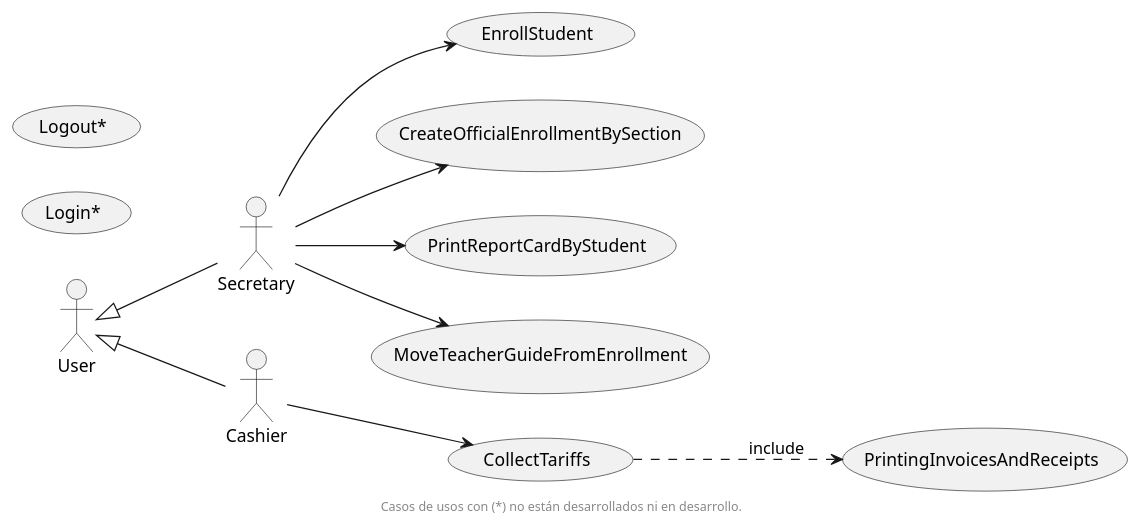
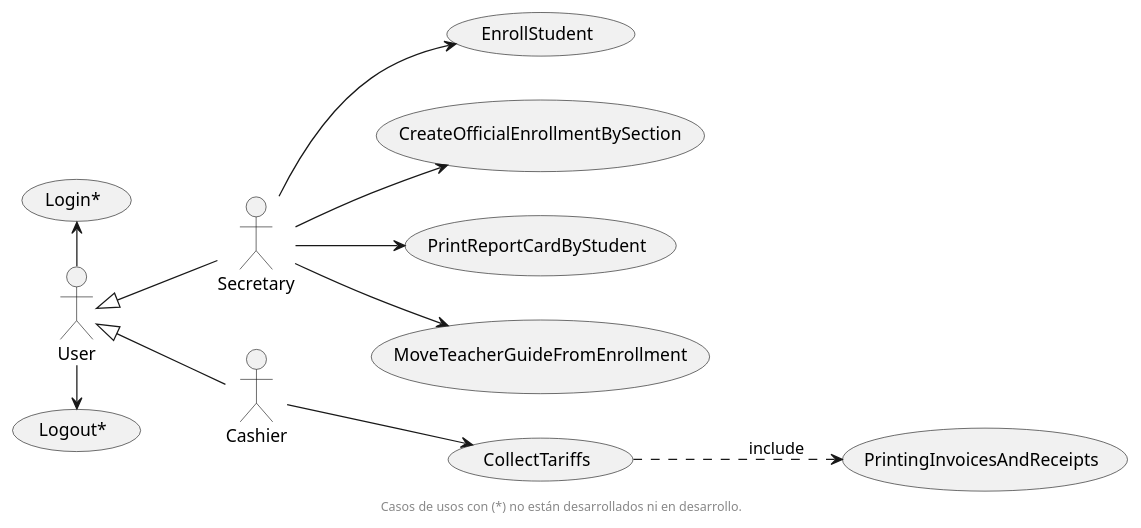
One commit to wsmcbl/wsmcbl.doc changed the diagram in UseCaseView/UseCases.puml. Above: the diagram before and after it, drawn with PlantUML. The commit also changed 7 other files, not shown here.

```diff
--- a/UseCaseView/UseCases.puml
+++ b/UseCaseView/UseCases.puml
@@ -1,36 +1,37 @@
 @startuml
 'skinparam BackgroundColor transparent
 left to right direction
 
 actor User
 actor Secretary
 actor Cashier
 
 User <|-- Secretary
 User <|-- Cashier
 
 usecase "Login*"
 usecase "Logout*"
 
 usecase EnrollStudent
 usecase CreateOfficialEnrollmentBySection
 usecase PrintingInvoicesAndReceipts
 usecase PrintReportCardByStudent
 usecase MoveTeacherGuideFromEnrollment
 usecase CollectTariffs
 
 
-
+User -left-> "Login*"
+User -right-> "Logout*"
 
 Secretary --> EnrollStudent
 Secretary --> CreateOfficialEnrollmentBySection
 Secretary --> PrintReportCardByStudent
 Secretary --> MoveTeacherGuideFromEnrollment
 
 Cashier --> CollectTariffs
 
 CollectTariffs ..> PrintingInvoicesAndReceipts: include
 
 footer Casos de usos con (*) no están desarrollados ni en desarrollo.
 
 @enduml
```
